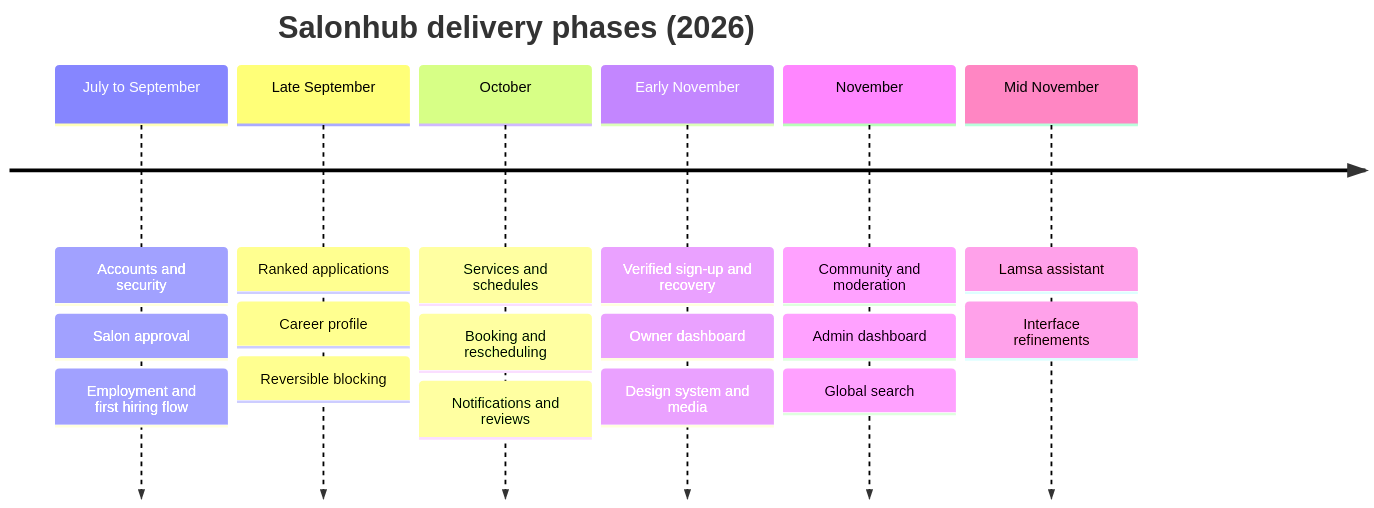
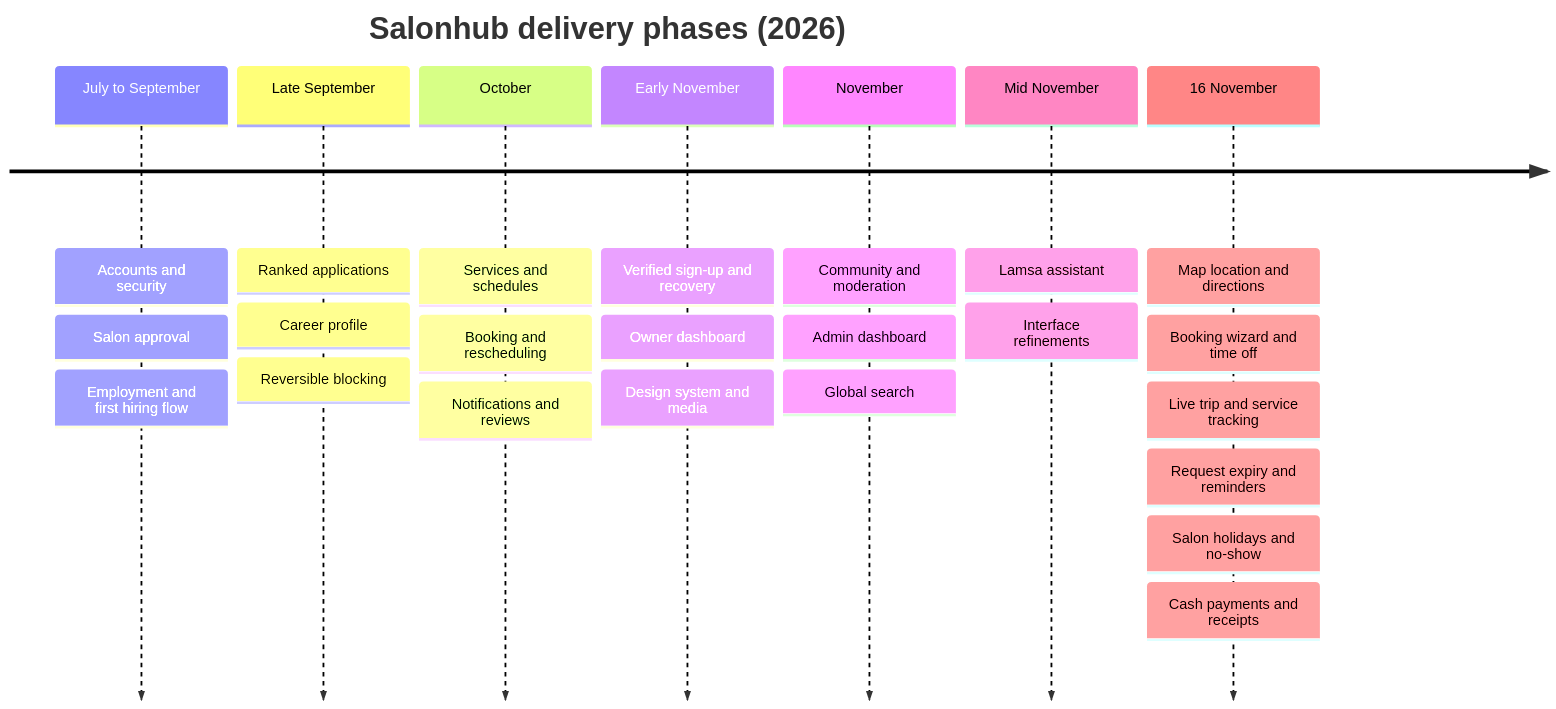
One commit to ghalebshhab/Salon-hub-backend changed the fourth of 22 diagrams in documentation/Salon-Hup-Project-Documentation.md. Above: the diagram before and after it, drawn with Mermaid. The commit also changed other lines of this file and 1 other file, not shown here.

````diff
--- a/documentation/Salon-Hup-Project-Documentation.md
+++ b/documentation/Salon-Hup-Project-Documentation.md
@@ -305,10 +529,11 @@
 ```mermaid
 timeline
     title Salonhub delivery phases (2026)
     July to September : Accounts and security : Salon approval : Employment and first hiring flow
     Late September : Ranked applications : Career profile : Reversible blocking
     October : Services and schedules : Booking and rescheduling : Notifications and reviews
     Early November : Verified sign-up and recovery : Owner dashboard : Design system and media
     November : Community and moderation : Admin dashboard : Global search
     Mid November : Lamsa assistant : Interface refinements
+    16 November : Map location and directions : Booking wizard and time off : Live trip and service tracking : Request expiry and reminders : Salon holidays and no-show : Cash payments and receipts
 ```
````
